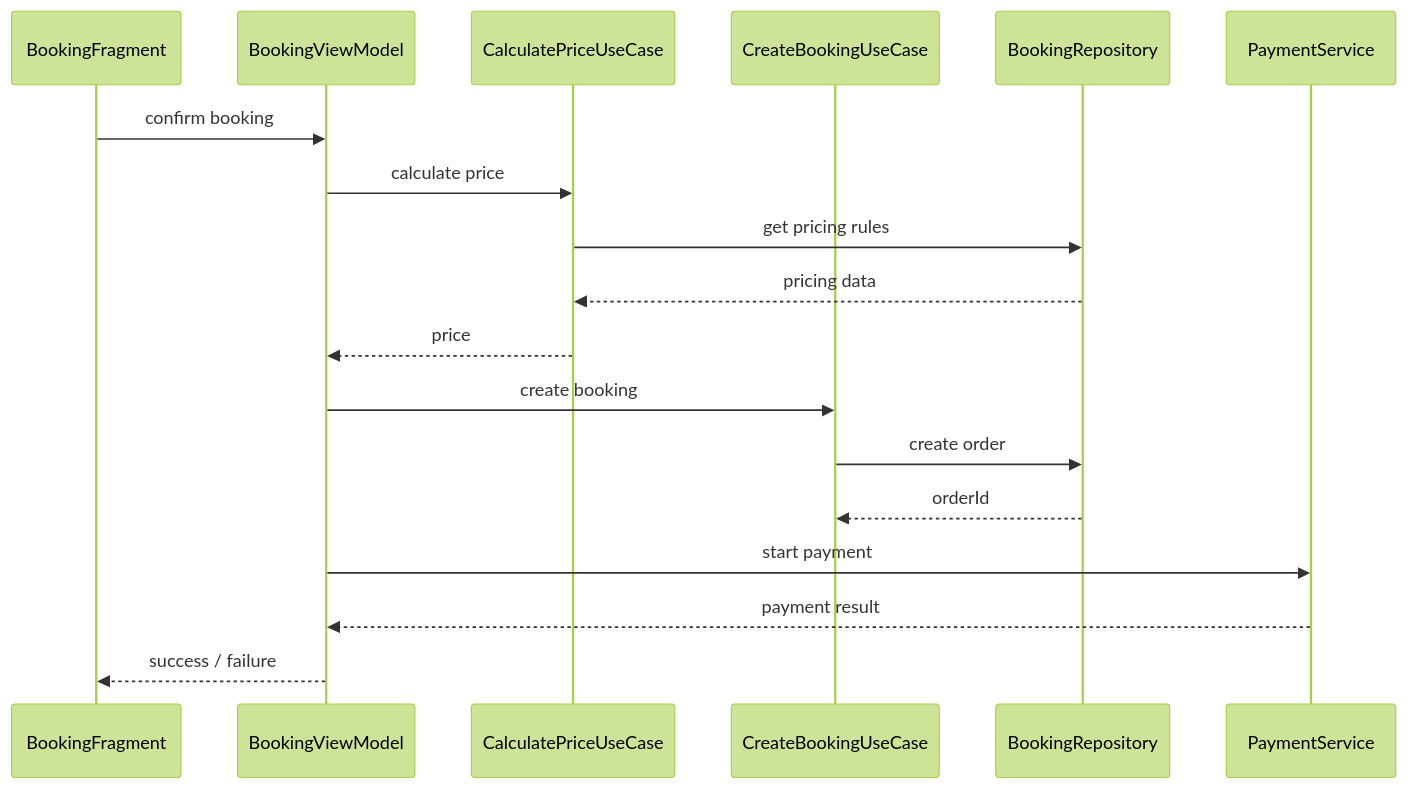
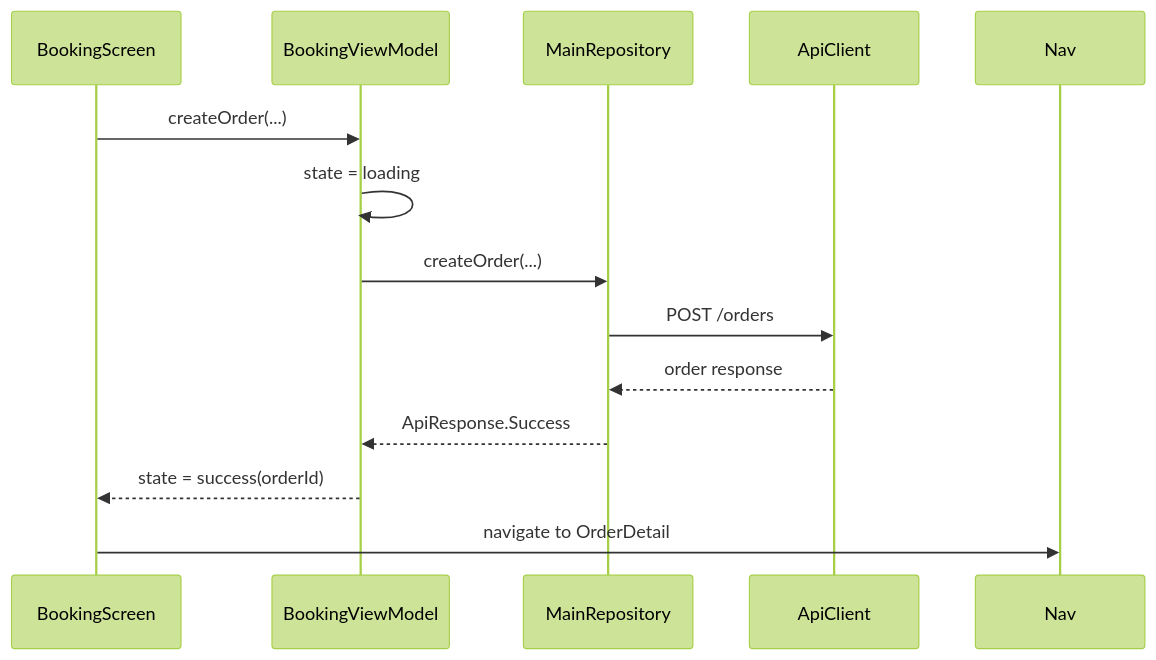
One commit to yu086868-ui/iStudySpot changed the fourth of 6 diagrams in frontend/Android/docs/architecture.md. Above: the diagram before and after it, drawn with Mermaid (forest theme). The commit also changed other lines of this file and 25 other files, not shown here.

````diff
--- a/frontend/Android/docs/architecture.md
+++ b/frontend/Android/docs/architecture.md
@@ -563,26 +208,16 @@
 ```mermaid
 sequenceDiagram
+    participant UI as BookingScreen
+    participant VM as BookingViewModel
+    participant Repo as MainRepository
+    participant API as ApiClient
 
-participant UI as BookingFragment
-participant VM as BookingViewModel
-participant UC1 as CalculatePriceUseCase
-participant UC2 as CreateBookingUseCase
-participant Repo as BookingRepository
-participant Pay as PaymentService
-
-UI->>VM: confirm booking
-
-VM->>UC1: calculate price
-UC1->>Repo: get pricing rules
-Repo-->>UC1: pricing data
-UC1-->>VM: price
-
-VM->>UC2: create booking
-UC2->>Repo: create order
-Repo-->>UC2: orderId
-
-VM->>Pay: start payment
-Pay-->>VM: payment result
-
-VM-->>UI: success / failure
+    UI->>VM: createOrder(...)
+    VM->>VM: state = loading
+    VM->>Repo: createOrder(...)
+    Repo->>API: POST /orders
+    API-->>Repo: order response
+    Repo-->>VM: ApiResponse.Success
+    VM-->>UI: state = success(orderId)
+    UI->>Nav: navigate to OrderDetail
 ```
````
